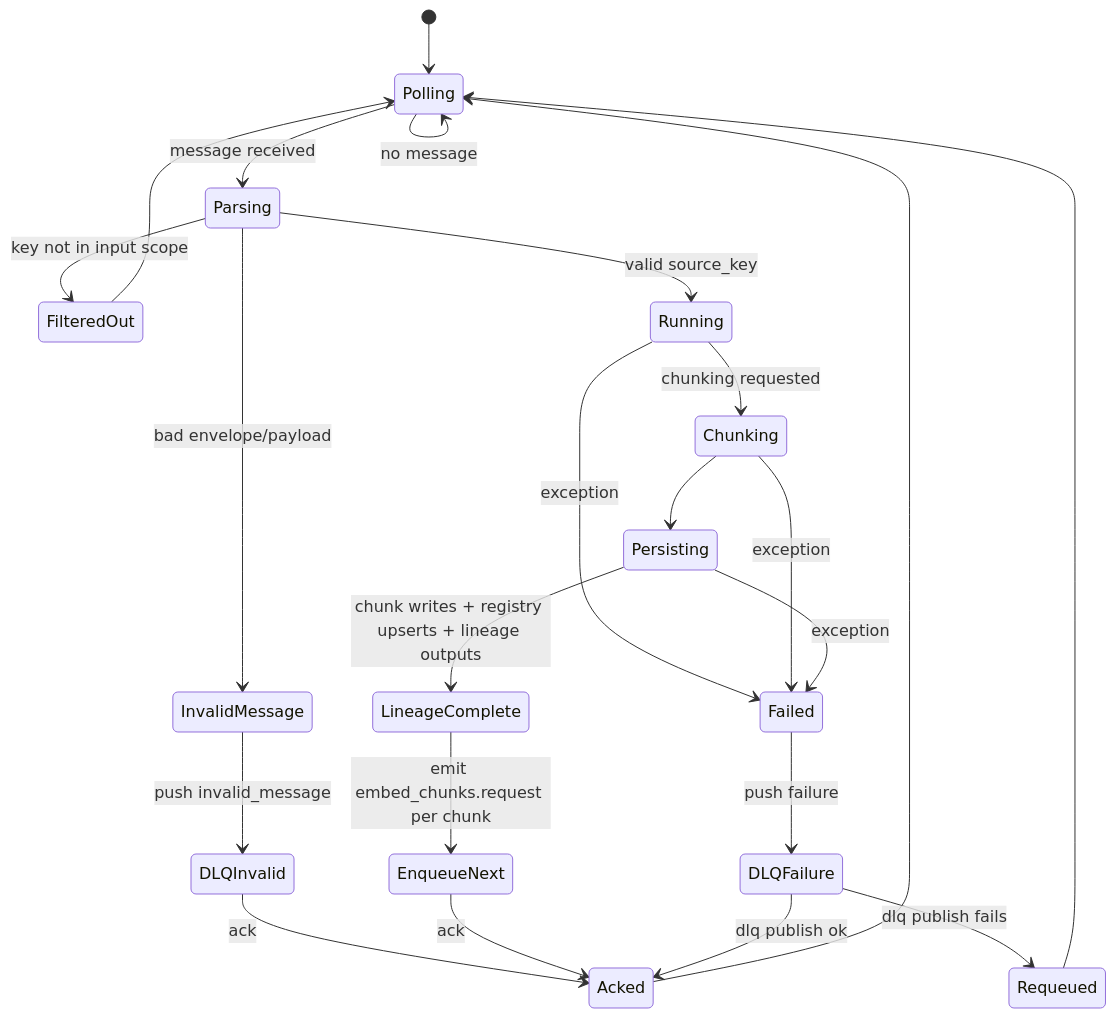
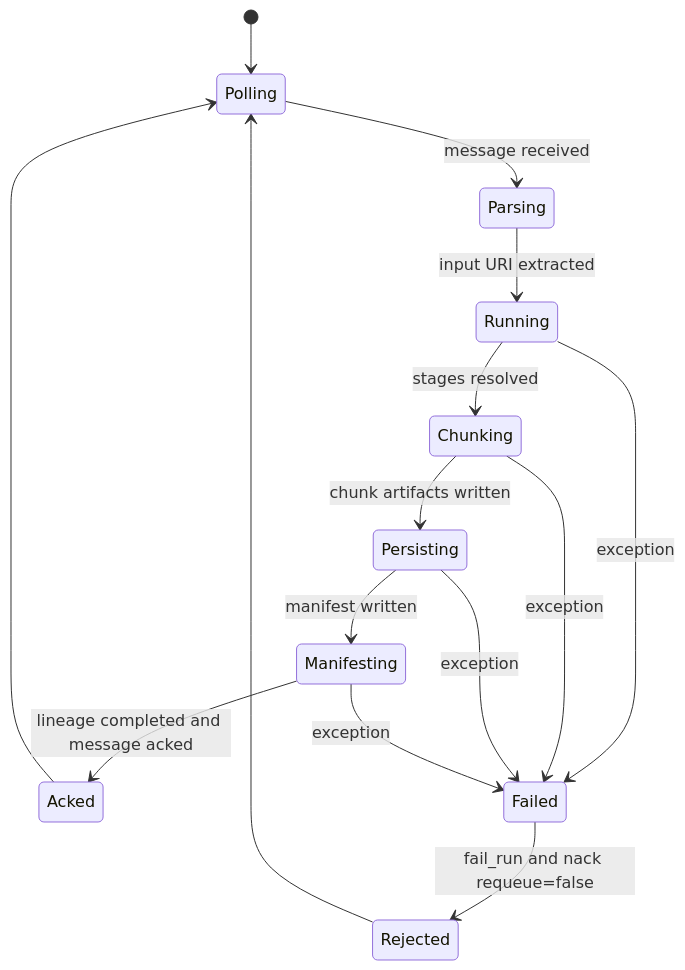
Before and after one commit to ElwesHonorato/governed-rag-foundation: the second of 3 diagrams in domains/worker_chunk_text/docs/SIREN_WORKFLOW.md, drawn with Mermaid. The commit also changed other lines of this file and 15 other files, not shown here.

````diff
--- a/domains/worker_chunk_text/docs/SIREN_WORKFLOW.md
+++ b/domains/worker_chunk_text/docs/SIREN_WORKFLOW.md
@@ -48,34 +36,20 @@
 ```mermaid
 stateDiagram-v2
     [*] --> Polling
 
-    Polling --> Polling: no message
     Polling --> Parsing: message received
-
-    Parsing --> InvalidMessage: bad envelope/payload
-    InvalidMessage --> DLQInvalid: push invalid_message
-    DLQInvalid --> Acked: ack
+    Parsing --> Running: input URI extracted
+    Running --> Chunking: stages resolved
+    Chunking --> Persisting: chunk artifacts written
+    Persisting --> Manifesting: manifest written
+    Manifesting --> Acked: lineage completed and message acked
     Acked --> Polling
-
-    Parsing --> FilteredOut: key not in input scope
-    FilteredOut --> Polling
-
-    Parsing --> Running: valid source_key
-
-    Running --> Chunking: chunking requested
-    Chunking --> Persisting
-
-    Persisting --> LineageComplete: chunk writes + registry upserts + lineage outputs
-    LineageComplete --> EnqueueNext: emit embed_chunks.request per chunk
-    EnqueueNext --> Acked: ack
 
     Running --> Failed: exception
     Chunking --> Failed: exception
     Persisting --> Failed: exception
+    Manifesting --> Failed: exception
 
-    Failed --> DLQFailure: push failure
-    DLQFailure --> Acked: dlq publish ok
-    DLQFailure --> Requeued: dlq publish fails
-
-    Requeued --> Polling
+    Failed --> Rejected: fail_run and nack requeue=false
+    Rejected --> Polling
 ```
````
